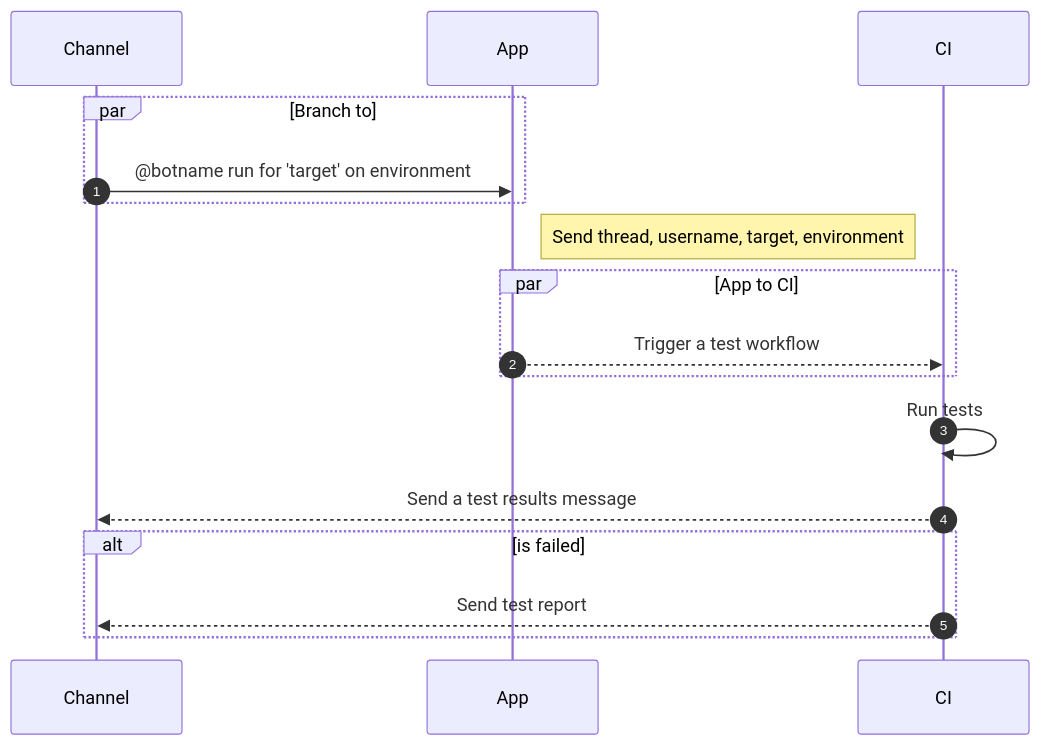
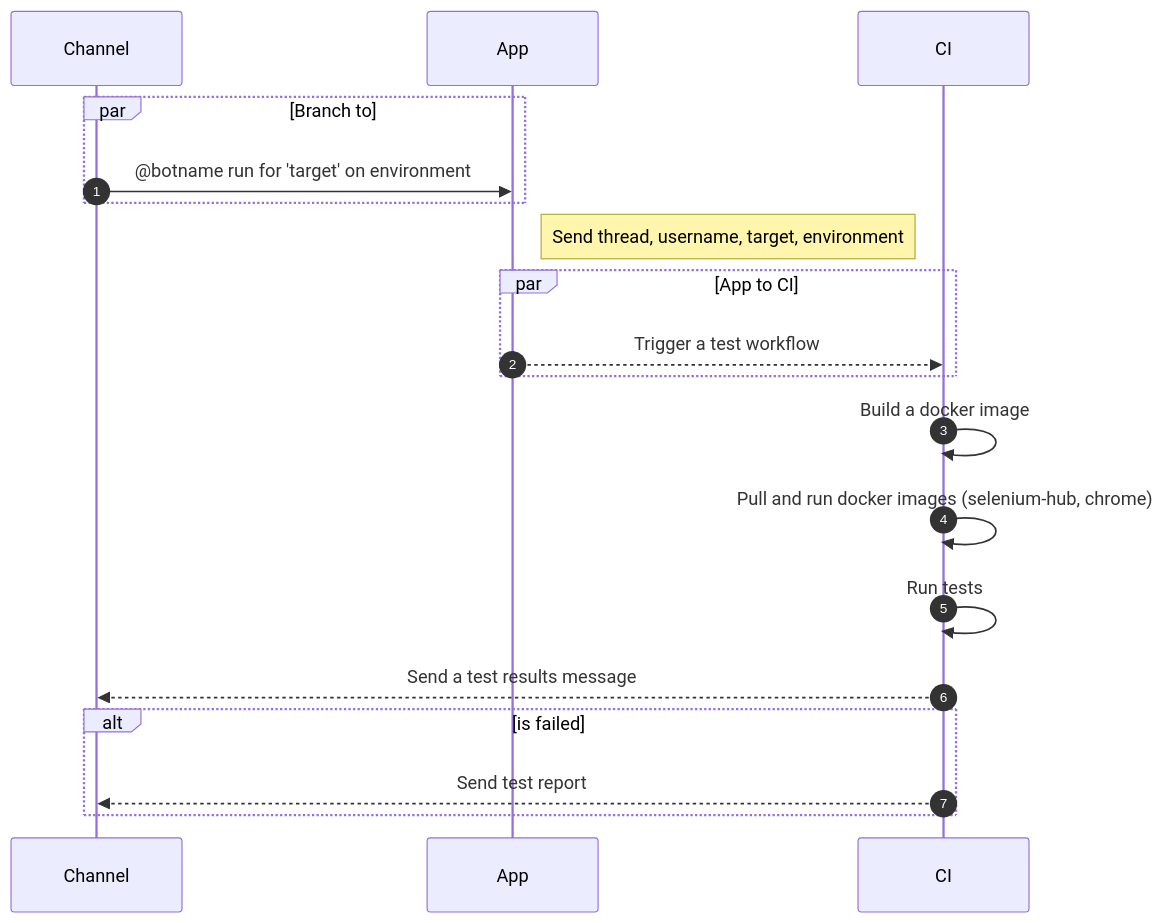
The diagram in README.md (bgtestlab/slack-app-test), drawn with Mermaid before and after one commit. The commit also changed other lines of this file, not shown here.

````diff
--- a/README.md
+++ b/README.md
@@ -4,16 +4,18 @@
 ```mermaid
 sequenceDiagram
     autonumber
     par Branch to 
         Channel->>App: @botname run for 'target' on environment
     end
     Note right of App: Send thread, username, target, environment
     par App to CI
     App-->>CI: Trigger a test workflow
     end
+    CI->>CI: Build a docker image
+    CI->>CI: Pull and run docker images (selenium-hub, chrome)
     CI->>CI: Run tests
     CI-->>Channel: Send a test results message
     alt is failed
         CI-->>Channel: Send test report 
     end    
 ```
````
